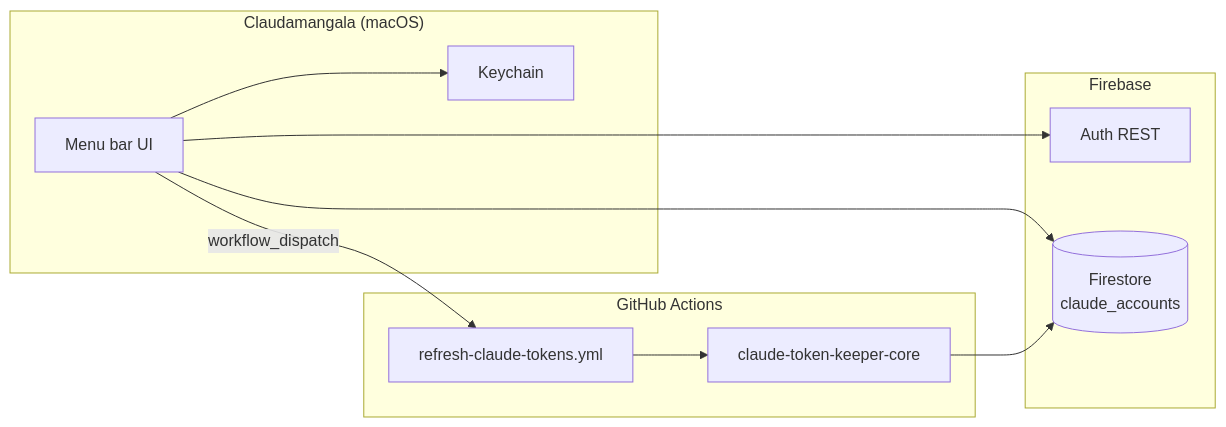
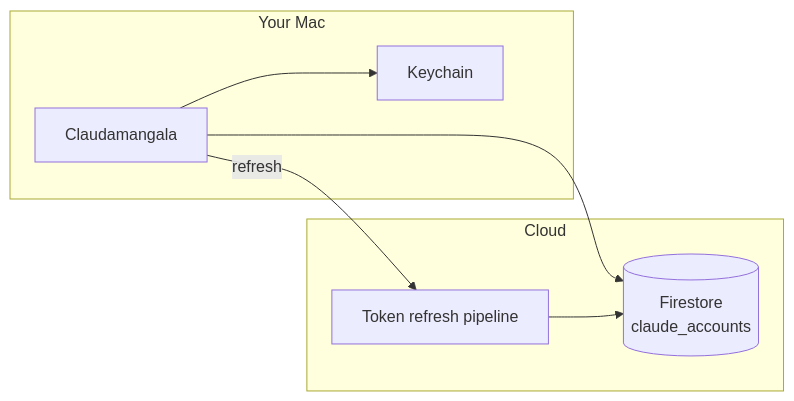
One commit to TheGuyDangerous/Claudamangala changed the diagram in README.md. Above: the diagram before and after it, drawn with Mermaid. The commit also changed other lines of this file and 4 other files, not shown here.

````diff
--- a/README.md
+++ b/README.md
@@ -28,24 +28,17 @@
 ```mermaid
 flowchart LR
-  subgraph macOS["Claudamangala (macOS)"]
-    UI[Menu bar UI]
+  subgraph macOS["Your Mac"]
+    App[Claudamangala]
     KC[Keychain]
-    UI --> KC
+    App --> KC
   end
 
-  subgraph firebase["Firebase"]
-    Auth[Auth REST]
+  subgraph cloud["Cloud"]
     FS[(Firestore\nclaude_accounts)]
+    Pipe[Token refresh pipeline]
   end
 
-  subgraph github["GitHub Actions"]
-    WF[refresh-claude-tokens.yml]
-    Core[claude-token-keeper-core]
-    WF --> Core
-  end
-
-  UI --> Auth
-  UI --> FS
-  UI -->|workflow_dispatch| WF
-  Core --> FS
+  App --> FS
+  App -->|refresh| Pipe
+  Pipe --> FS
 ```
````
